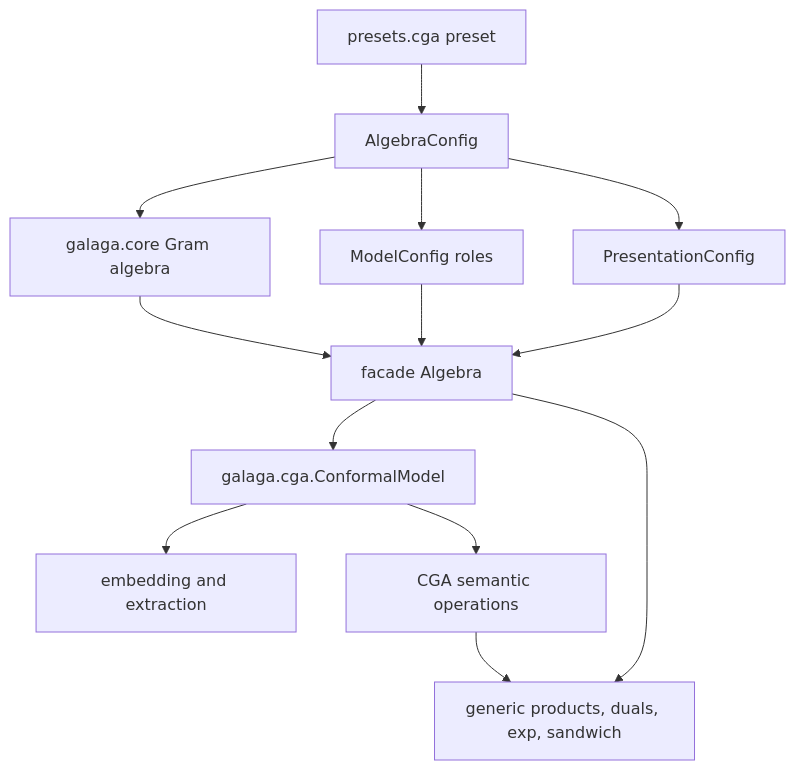
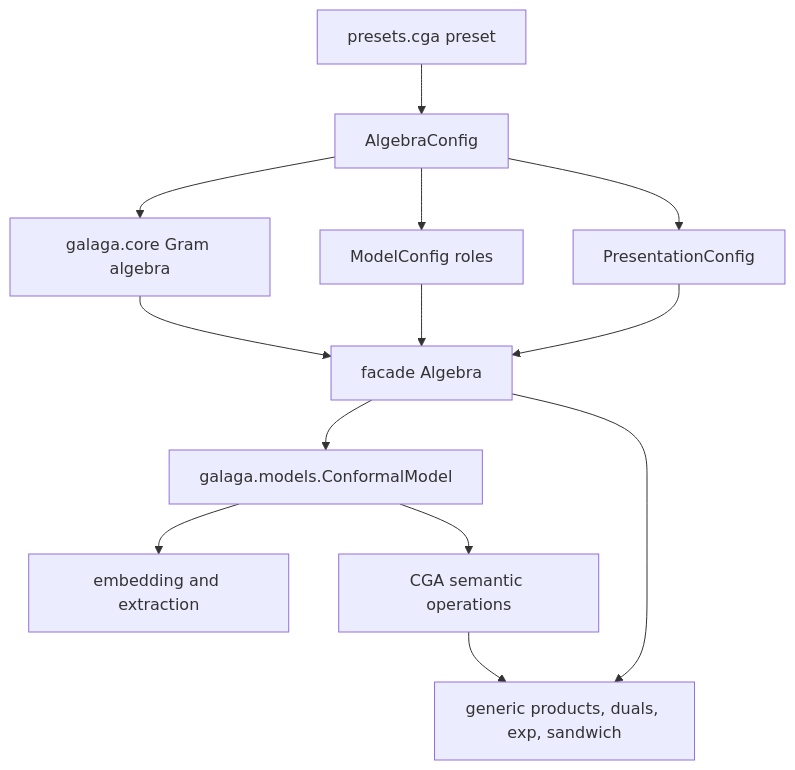
The diagram in docs/cga/README.md (edouardp/galaga), drawn with Mermaid before and after one commit. The commit also changed other lines of this file and 46 other files, not shown here.

````diff
--- a/docs/cga/README.md
+++ b/docs/cga/README.md
@@ -167,15 +167,15 @@
 ```mermaid
 flowchart TD
     P[presets.cga preset] --> C[AlgebraConfig]
     C --> G[galaga.core Gram algebra]
     C --> M[ModelConfig roles]
     C --> V[PresentationConfig]
     G --> A[facade Algebra]
     M --> A
     V --> A
-    A --> CM[galaga.cga.ConformalModel]
+    A --> CM[galaga.models.ConformalModel]
     CM --> E[embedding and extraction]
     CM --> S[CGA semantic operations]
     A --> O[generic products, duals, exp, sandwich]
     S --> O
 ```
````
